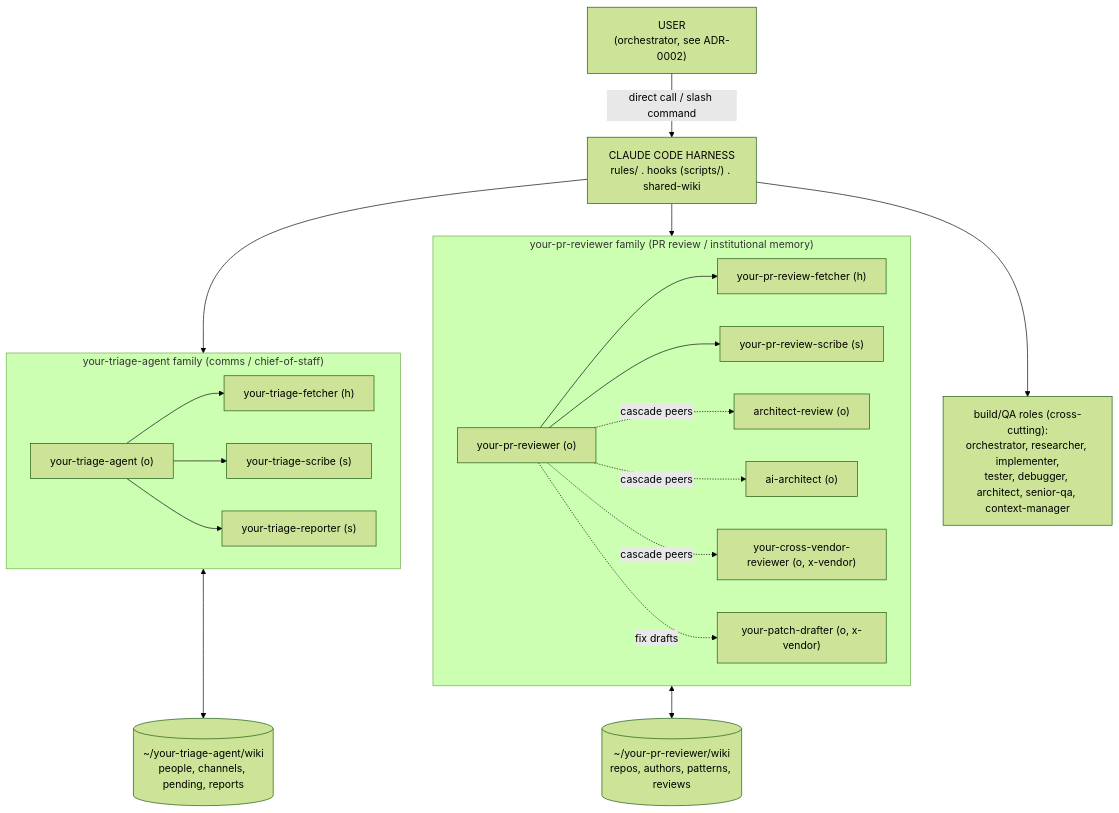
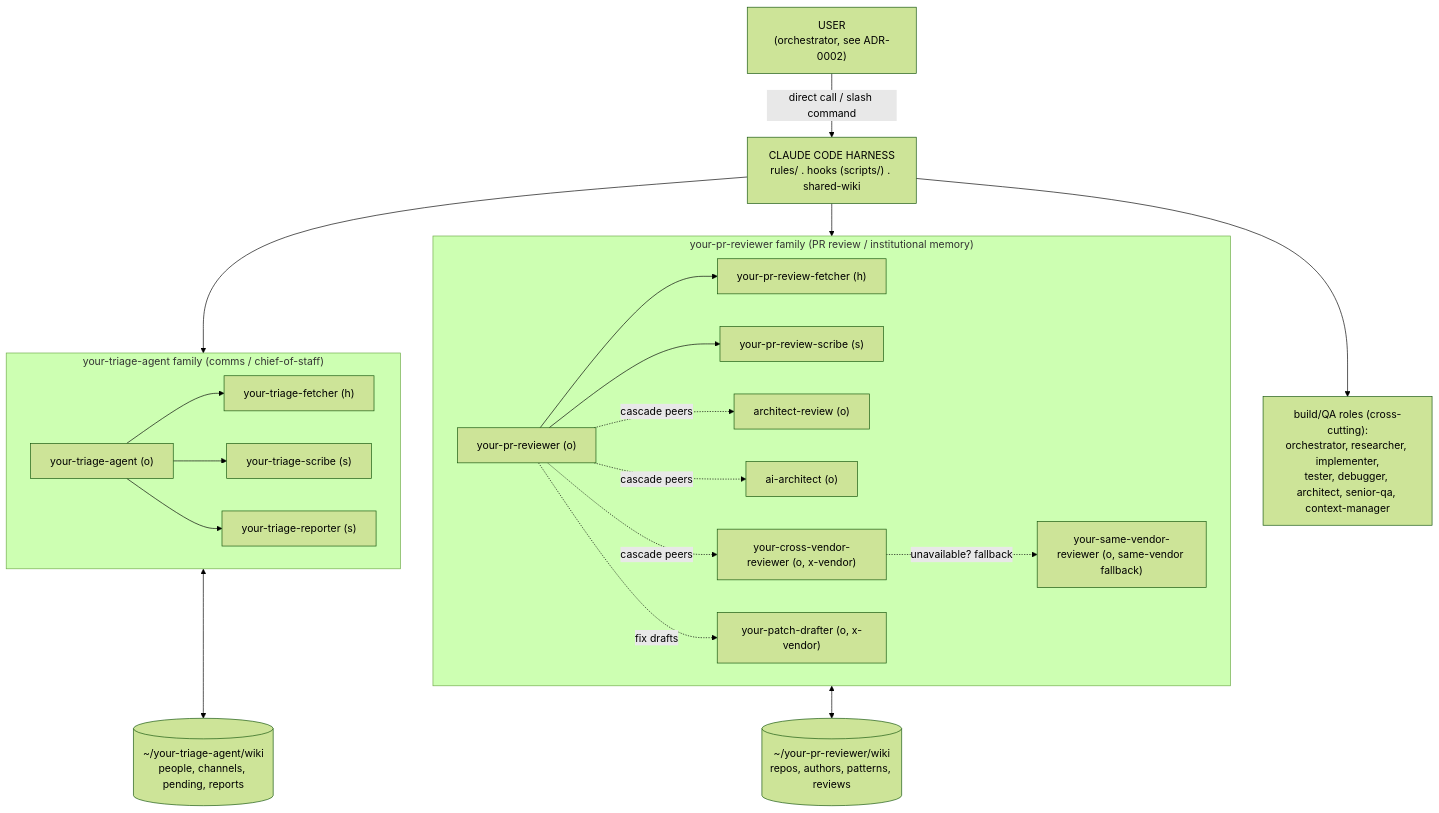
Before and after one commit to agent-rails/agentic-fabric: the first of 3 diagrams in docs/ARCHITECTURE.md, drawn with Mermaid (forest theme). The commit also changed other lines of this file and 14 other files, not shown here.

First line of the commit message:
feat: same-vendor reviewer fallback + pre-write content scan + tool-call frequency mining (#9)

````diff
--- a/docs/ARCHITECTURE.md
+++ b/docs/ARCHITECTURE.md
@@ -13,43 +13,45 @@
 ```mermaid
 flowchart TD
     user["USER<br/>(orchestrator, see ADR-0002)"]
     harness["CLAUDE CODE HARNESS<br/>rules/ . hooks (scripts/) . shared-wiki"]
     user -->|"direct call / slash command"| harness
 
     subgraph your-triage-agent["your-triage-agent family (comms / chief-of-staff)"]
         v["your-triage-agent (o)"]
         vf["your-triage-fetcher (h)"]
         vs["your-triage-scribe (s)"]
         vr["your-triage-reporter (s)"]
         v --> vf
         v --> vs
         v --> vr
     end
 
     subgraph your-pr-reviewer["your-pr-reviewer family (PR review / institutional memory)"]
         s["your-pr-reviewer (o)"]
         sf["your-pr-review-fetcher (h)"]
         ss["your-pr-review-scribe (s)"]
         ar["architect-review (o)"]
         aa["ai-architect (o)"]
         sp["your-cross-vendor-reviewer (o, x-vendor)"]
+        sv["your-same-vendor-reviewer (o, same-vendor fallback)"]
         sc["your-patch-drafter (o, x-vendor)"]
         s --> sf
         s --> ss
         s -.cascade peers.-> ar
         s -.cascade peers.-> aa
         s -.cascade peers.-> sp
+        sp -.unavailable? fallback.-> sv
         s -.fix drafts.-> sc
     end
 
     harness --> your-triage-agent
     harness --> your-pr-reviewer
 
     vwiki[("~/your-triage-agent/wiki<br/>people, channels, pending, reports")]
     swiki[("~/your-pr-reviewer/wiki<br/>repos, authors, patterns, reviews")]
     your-triage-agent <--> vwiki
     your-pr-reviewer <--> swiki
 
     build["build/QA roles (cross-cutting):<br/>orchestrator, researcher, implementer,<br/>tester, debugger, architect, senior-qa, context-manager"]
     harness --> build
 ```
````
